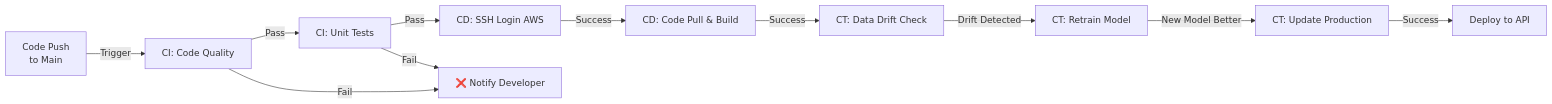
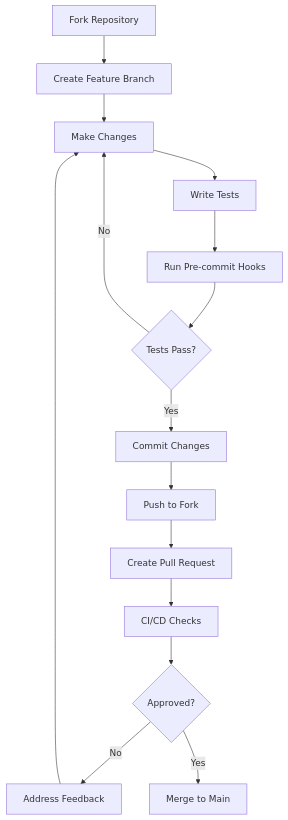
Before and after one commit to rynandasonduty/devmlops: diagram 18 of 18 in README.md, drawn with Mermaid. The commit also changed other lines of this file and 4 other files, not shown here.

Commit message:
Update data version and update code documentation

````diff
--- a/README.md
+++ b/README.md
@@ -287,14 +2964,17 @@
 ```mermaid
-graph LR
-    A["Code Push<br/>to Main"] -->|Trigger| B["CI: Code Quality"]
-    B -->|Pass| C["CI: Unit Tests"]
-    C -->|Pass| D["CD: SSH Login AWS"]
-    D -->|Success| E["CD: Code Pull & Build"]
-    E -->|Success| F["CT: Data Drift Check"]
-    F -->|Drift Detected| G["CT: Retrain Model"]
-    G -->|New Model Better| H["CT: Update Production"]
-    H -->|Success| I["Deploy to API"]
-
-    B -->|Fail| J["❌ Notify Developer"]
-    C -->|Fail| J
+graph TD
+    A[Fork Repository] --> B[Create Feature Branch]
+    B --> C[Make Changes]
+    C --> D[Write Tests]
+    D --> E[Run Pre-commit Hooks]
+    E --> F{Tests Pass?}
+    F -->|No| C
+    F -->|Yes| G[Commit Changes]
+    G --> H[Push to Fork]
+    H --> I[Create Pull Request]
+    I --> J[CI/CD Checks]
+    J --> K{Approved?}
+    K -->|No| L[Address Feedback]
+    L --> C
+    K -->|Yes| M[Merge to Main]
 ```
````
